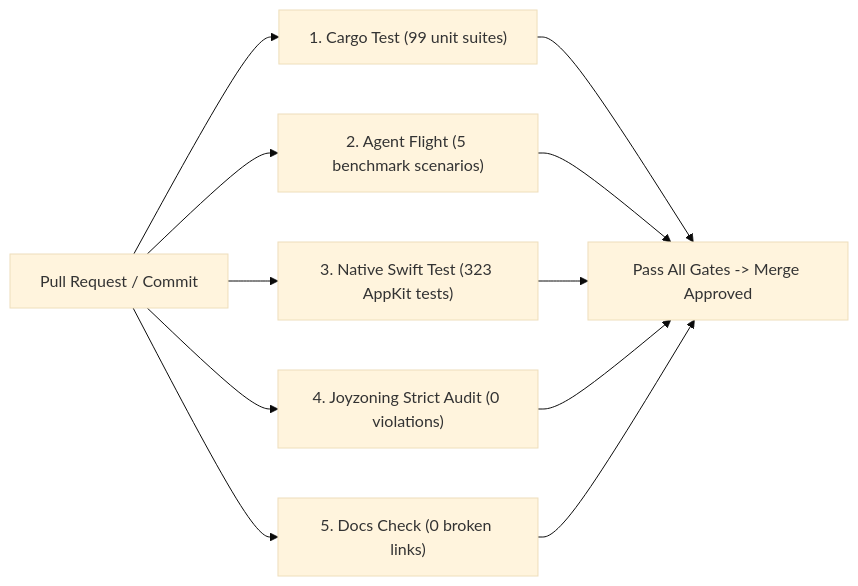
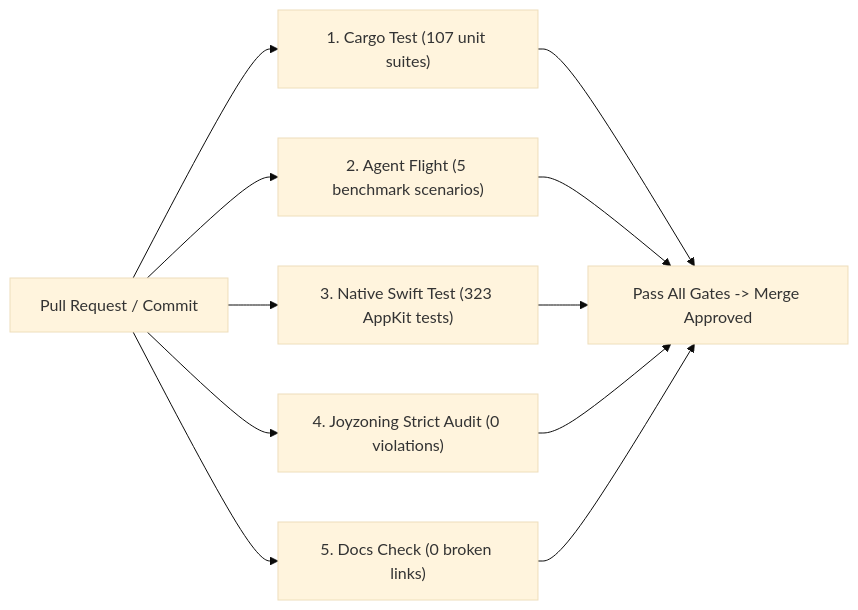
One commit to CardSorting/HEAV3NS-MICRO changed the diagram in docs/CI_INTEGRATION.md. Above: the diagram before and after it, drawn with Mermaid (base theme). The commit also changed 9 other files, not shown here.

Commit message:
docs: synchronize architecture, security, ADRs, and test counts with Zenith hardening

````diff
--- a/docs/CI_INTEGRATION.md
+++ b/docs/CI_INTEGRATION.md
@@ -19,13 +19,13 @@
 ```mermaid
 flowchart LR
-  PR["Pull Request / Commit"] --> TEST["1. Cargo Test (99 unit suites)"]
+  PR["Pull Request / Commit"] --> TEST["1. Cargo Test (107 unit suites)"]
   PR --> FLIGHT["2. Agent Flight (5 benchmark scenarios)"]
   PR --> SWIFT["3. Native Swift Test (323 AppKit tests)"]
   PR --> JOY["4. Joyzoning Strict Audit (0 violations)"]
   PR --> DOCS["5. Docs Check (0 broken links)"]
   TEST --> GATE["Pass All Gates -> Merge Approved"]
   FLIGHT --> GATE
   SWIFT --> GATE
   JOY --> GATE
   DOCS --> GATE
 ```
````
